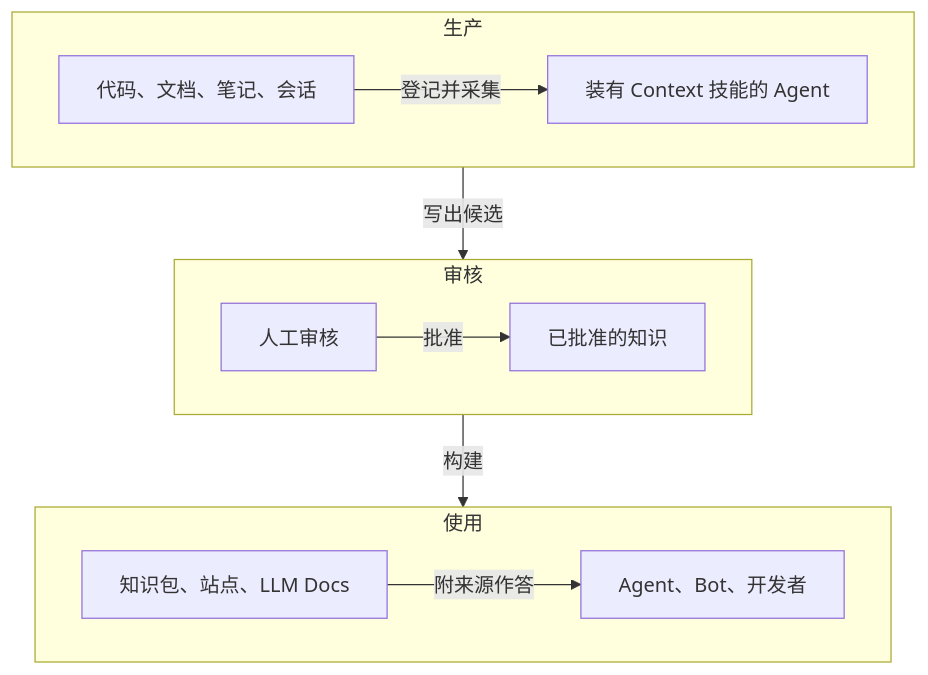
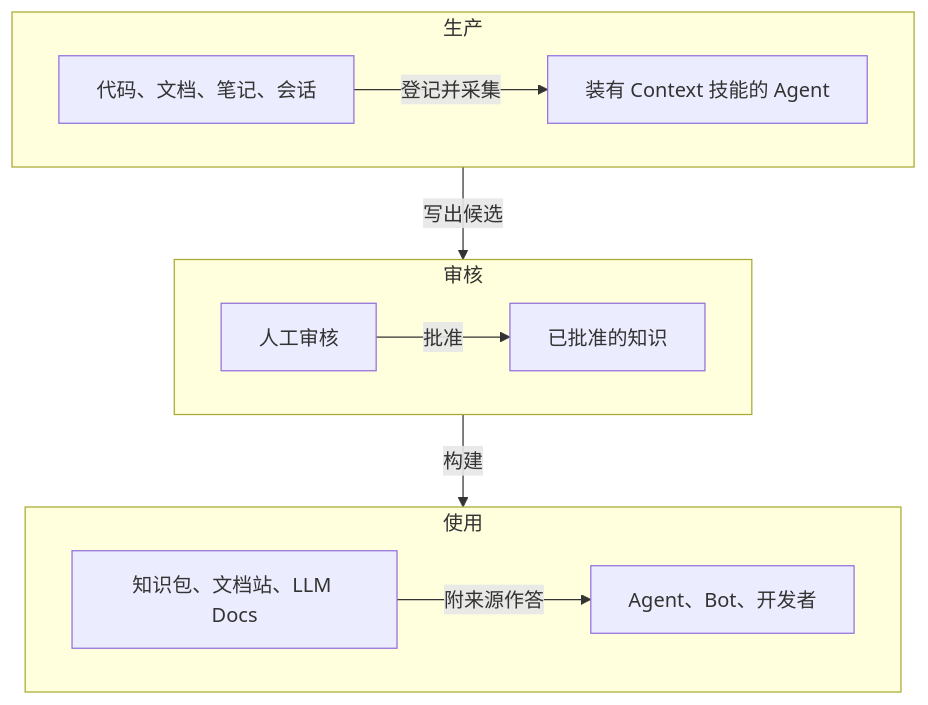
One commit to context4ai/portal changed the diagram in translations/zh-CN/product/getting-started/what-is-context.md. Above: the diagram before and after it, drawn with Mermaid. The commit also changed other lines of this file and 129 other files, not shown here.

````diff
--- a/translations/zh-CN/product/getting-started/what-is-context.md
+++ b/translations/zh-CN/product/getting-started/what-is-context.md
@@ -24,17 +24,17 @@
 ```mermaid
 flowchart TB
   subgraph produce["生产"]
     direction LR
     src["代码、文档、笔记、会话"] -->|"登记并采集"| agent["装有 Context 技能的 Agent"]
   end
   subgraph approve["审核"]
     direction LR
     review["人工审核"] -->|"批准"| kb["已批准的知识"]
   end
   subgraph use["使用"]
     direction LR
-    out["知识包、站点、LLM Docs"] -->|"附来源作答"| users["Agent、Bot、开发者"]
+    out["知识包、文档站、LLM Docs"] -->|"附来源作答"| users["Agent、Bot、开发者"]
   end
   produce -->|"写出候选"| approve
   approve -->|"构建"| use
 ```
````
